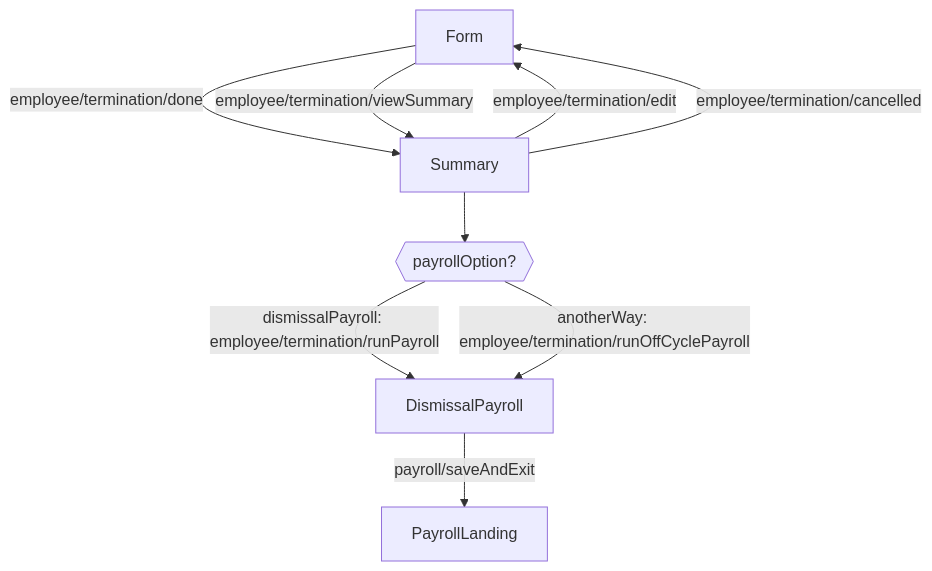
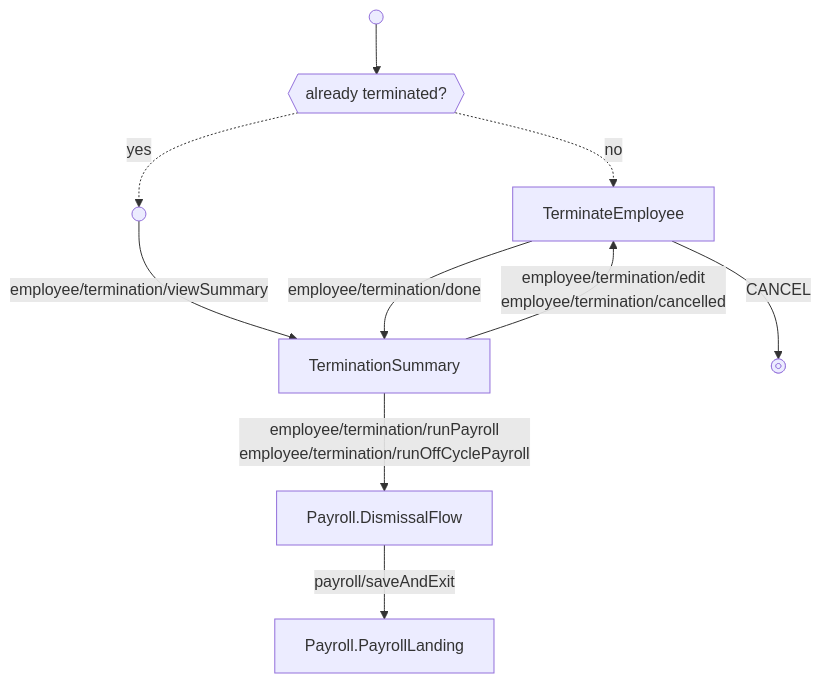
The diagram in docs/reference/employee/management/termination-flow.md (Gusto/embedded-react-sdk), drawn with Mermaid before and after one commit. The commit also changed other lines of this file and 2 other files, not shown here.

First line of the commit message:
docs(employee): rebuild TerminationFlow step diagram, fix @components

````diff
--- a/docs/reference/employee/management/termination-flow.md
+++ b/docs/reference/employee/management/termination-flow.md
@@ -88,11 +92,14 @@
 ```mermaid
 flowchart
-  Form -->|"employee/termination/done"| Summary
-  Form -->|"employee/termination/viewSummary"| Summary
-  Summary -->|"employee/termination/edit"| Form
-  Summary -->|"employee/termination/cancelled"| Form
-  Summary --> opt{{"payrollOption?"}}
-  opt -->|"dismissalPayroll: employee/termination/runPayroll"| DismissalPayroll
-  opt -->|"anotherWay: employee/termination/runOffCyclePayroll"| DismissalPayroll
-  DismissalPayroll -->|"payroll/saveAndExit"| PayrollLanding
+  start@{ shape: sm-circ } --> terminated{{"already terminated?"}}
+  terminated -.->|"no"| TerminateEmployee
+  terminated -.->|"yes"| viewExisting@{ shape: sm-circ }
+  viewExisting -->|"employee/termination/viewSummary"| TerminationSummary
+  TerminateEmployee -->|"employee/termination/done"| TerminationSummary
+  TerminateEmployee -->|"CANCEL"| done@{ shape: fr-circ, label: " " }
+  TerminationSummary -->|"employee/termination/edit<br/>employee/termination/cancelled"| TerminateEmployee
+  TerminationSummary -->|"employee/termination/runPayroll<br/>employee/termination/runOffCyclePayroll"| DismissalFlow["Payroll.DismissalFlow"]
+  DismissalFlow -->|"payroll/saveAndExit"| PayrollLanding["Payroll.PayrollLanding"]
+  class terminated branch
+  class DismissalFlow flow
 ```
````
